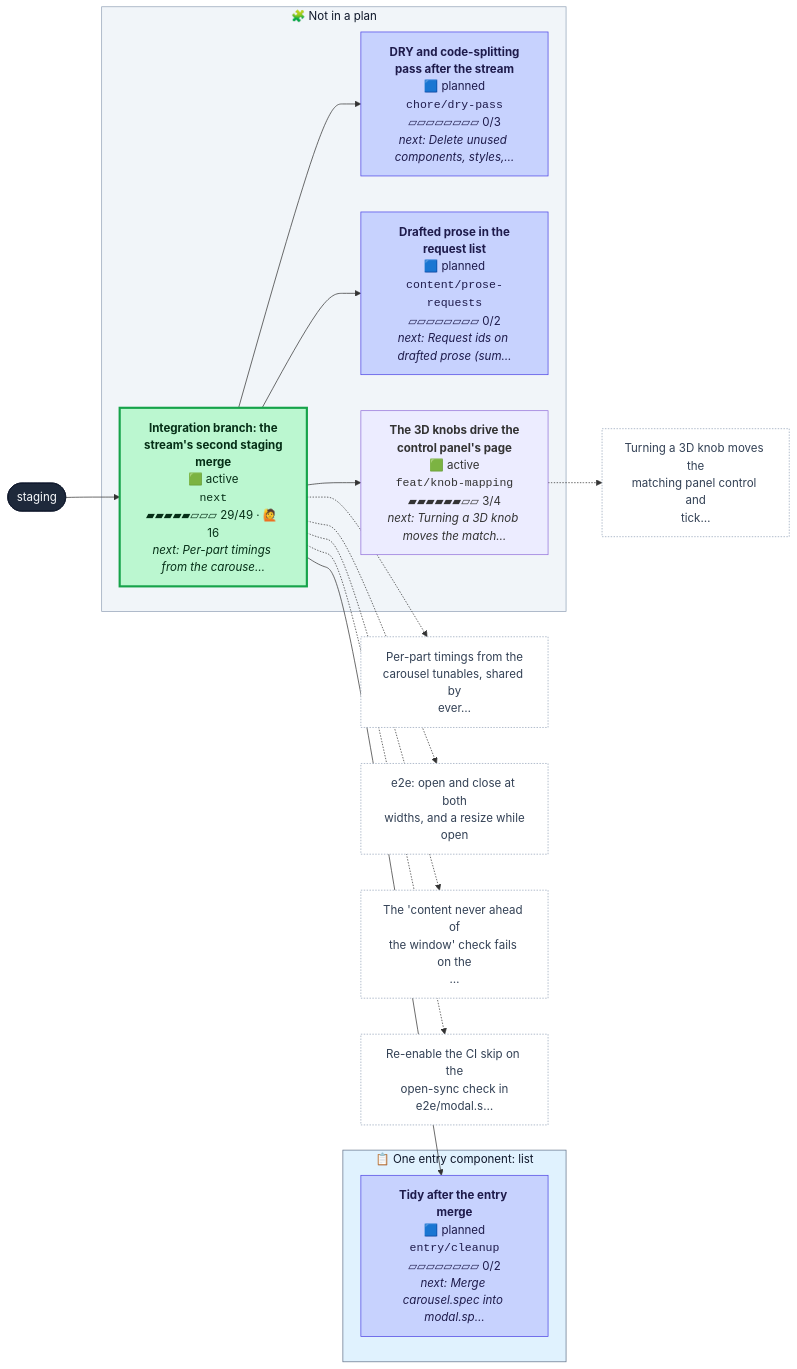
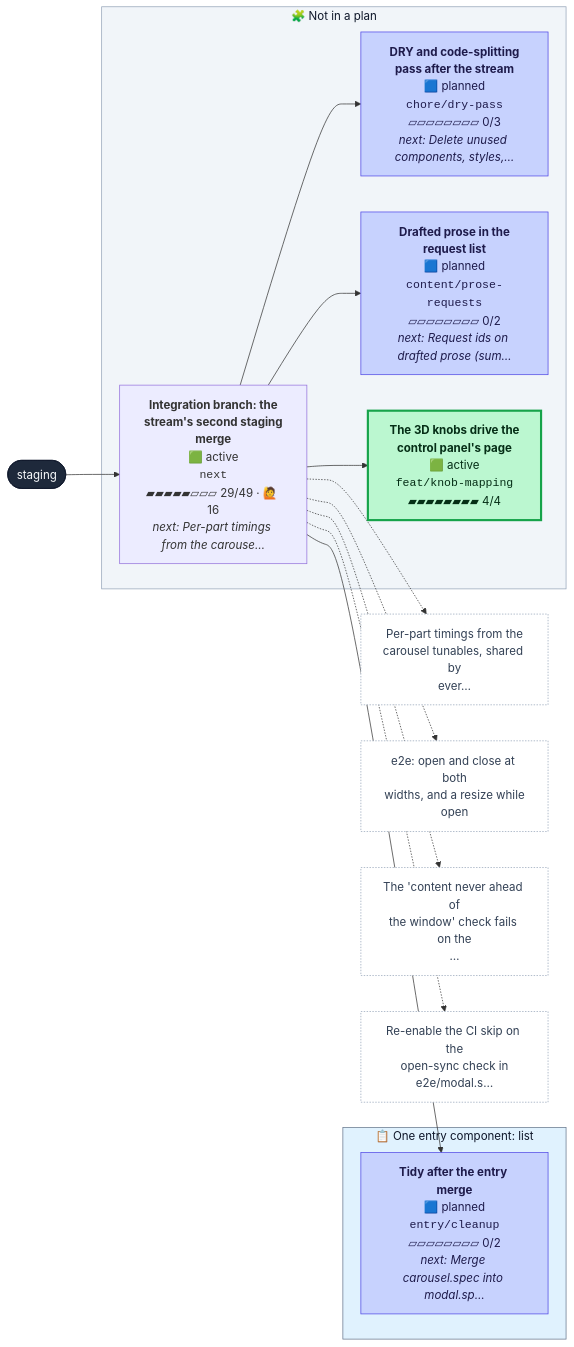
The first of 2 diagrams in CONTRIBUTING.md (henryjonescodes/portfolio), drawn with Mermaid before and after one commit. The commit also changed other lines of this file, not shown here.

````diff
--- a/CONTRIBUTING.md
+++ b/CONTRIBUTING.md
@@ -16,50 +16,47 @@
 ```mermaid
 flowchart LR
   n_staging([staging])
   class n_staging trunk
   subgraph plan_0["📋 One entry component: list"]
     n_entry_cleanup["<b>Tidy after the entry merge</b><br/>🟦 planned<br/><code>entry/cleanup</code><br/>▱▱▱▱▱▱▱▱ 0/2<br/><i>next: Merge carousel.spec into modal.sp…</i>"]
     class n_entry_cleanup planned
   end
   style plan_0 fill:#e0f2fe,stroke:#64748b,color:#0f172a
   subgraph loose["🧩 Not in a plan"]
     n_chore_dry_pass["<b>DRY and code-splitting<br/>pass after the stream</b><br/>🟦 planned<br/><code>chore/dry-pass</code><br/>▱▱▱▱▱▱▱▱ 0/3<br/><i>next: Delete unused components, styles,…</i>"]
     class n_chore_dry_pass planned
     n_content_prose_requests["<b>Drafted prose in the<br/>request list</b><br/>🟦 planned<br/><code>content/prose-requests</code><br/>▱▱▱▱▱▱▱▱ 0/2<br/><i>next: Request ids on drafted prose (sum…</i>"]
     class n_content_prose_requests planned
-    n_feat_knob_mapping["<b>The 3D knobs drive the<br/>control panel's page</b><br/>🟩 active<br/><code>feat/knob-mapping</code><br/>▰▰▰▰▰▰▱▱ 3/4<br/><i>next: Turning a 3D knob moves the match…</i>"]
-    class n_feat_knob_mapping active,current
+    n_feat_knob_mapping["<b>The 3D knobs drive the<br/>control panel's page</b><br/>🟩 active<br/><code>feat/knob-mapping</code><br/>▰▰▰▰▰▰▰▰ 4/4"]
+    class n_feat_knob_mapping active
     n_next["<b>Integration branch: the<br/>stream's second staging<br/>merge</b><br/>🟩 active<br/><code>next</code><br/>▰▰▰▰▰▱▱▱ 29/49 · 🙋 16<br/><i>next: Per-part timings from the carouse…</i>"]
-    class n_next active
+    class n_next active,current
   end
   style loose fill:#f1f5f9,stroke:#94a3b8,color:#0f172a
   n_next --> n_chore_dry_pass
   n_next --> n_content_prose_requests
   n_next --> n_entry_cleanup
   n_next --> n_feat_knob_mapping
   n_staging --> n_next
-  n_feat_knob_mapping_t0["Turning a 3D knob moves the<br/>matching panel control and<br/>tick…"]
-  class n_feat_knob_mapping_t0 todo
-  n_feat_knob_mapping -.-> n_feat_knob_mapping_t0
   n_next_t0["Per-part timings from the<br/>carousel tunables, shared by<br/>ever…"]
   class n_next_t0 todo
   n_next -.-> n_next_t0
   n_next_t1["e2e: open and close at both<br/>widths, and a resize while<br/>open"]
   class n_next_t1 todo
   n_next -.-> n_next_t1
   n_next_t2["The 'content never ahead of<br/>the window' check fails on the<br/>…"]
   class n_next_t2 todo
   n_next -.-> n_next_t2
   n_next_t3["Re-enable the CI skip on the<br/>open-sync check in<br/>e2e/modal.s…"]
   class n_next_t3 todo
   n_next -.-> n_next_t3
   classDef merged fill:#dcfce7,stroke:#16a34a,color:#052e16
   classDef todo fill:#ffffff,stroke:#94a3b8,stroke-dasharray:2 2,color:#334155
   classDef planned fill:#c7d2fe,stroke:#4f46e5,color:#1e1b4b
   classDef sketched fill:#f8fafc,stroke:#64748b,stroke-dasharray:4 3,color:#334155
   classDef active fill:#bbf7d0,stroke:#16a34a,stroke-width:3px,color:#052e16
   classDef review fill:#fde68a,stroke:#d97706,stroke-width:3px,color:#451a03
   classDef blocked fill:#fecaca,stroke:#dc2626,stroke-width:3px,color:#450a0a
   classDef trunk fill:#1e293b,stroke:#0f172a,color:#f8fafc
   classDef current stroke:#0ea5e9,stroke-width:5px
 ```
````
